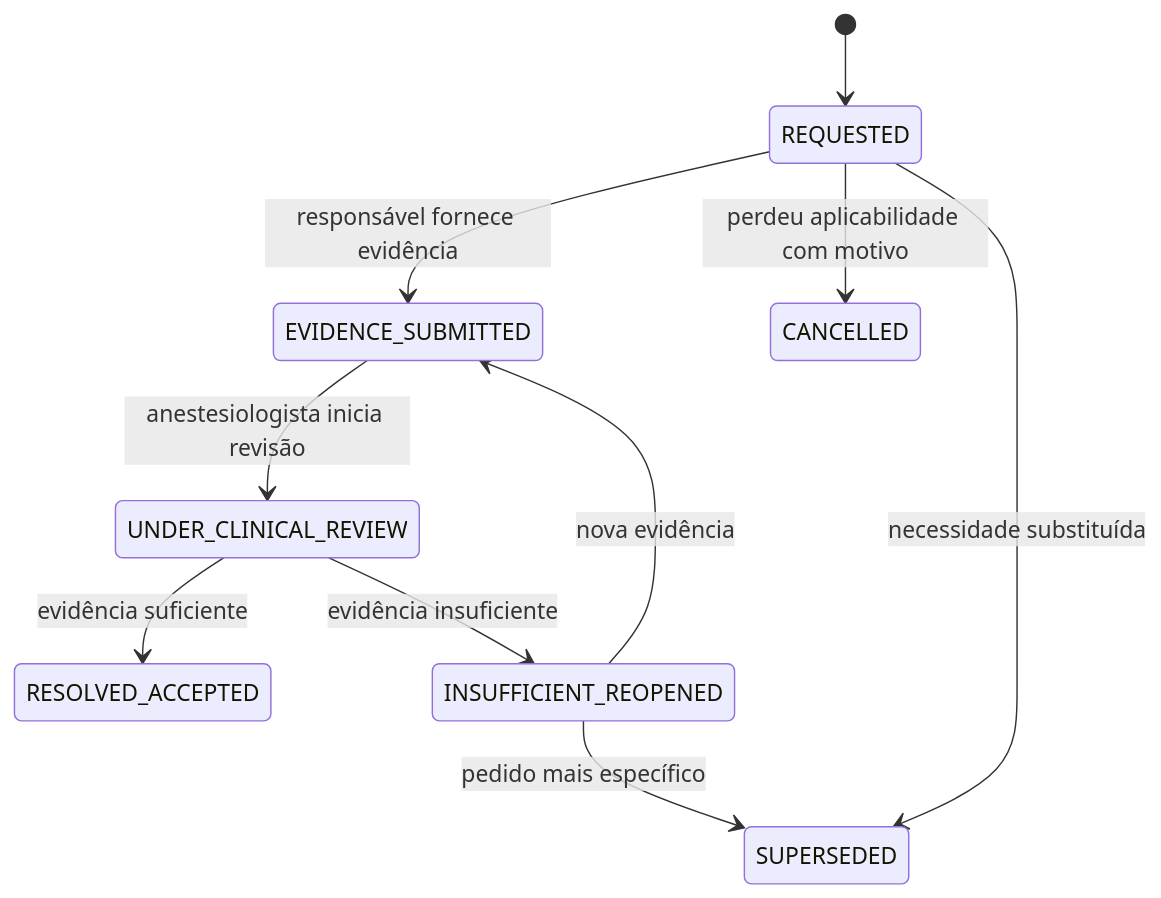
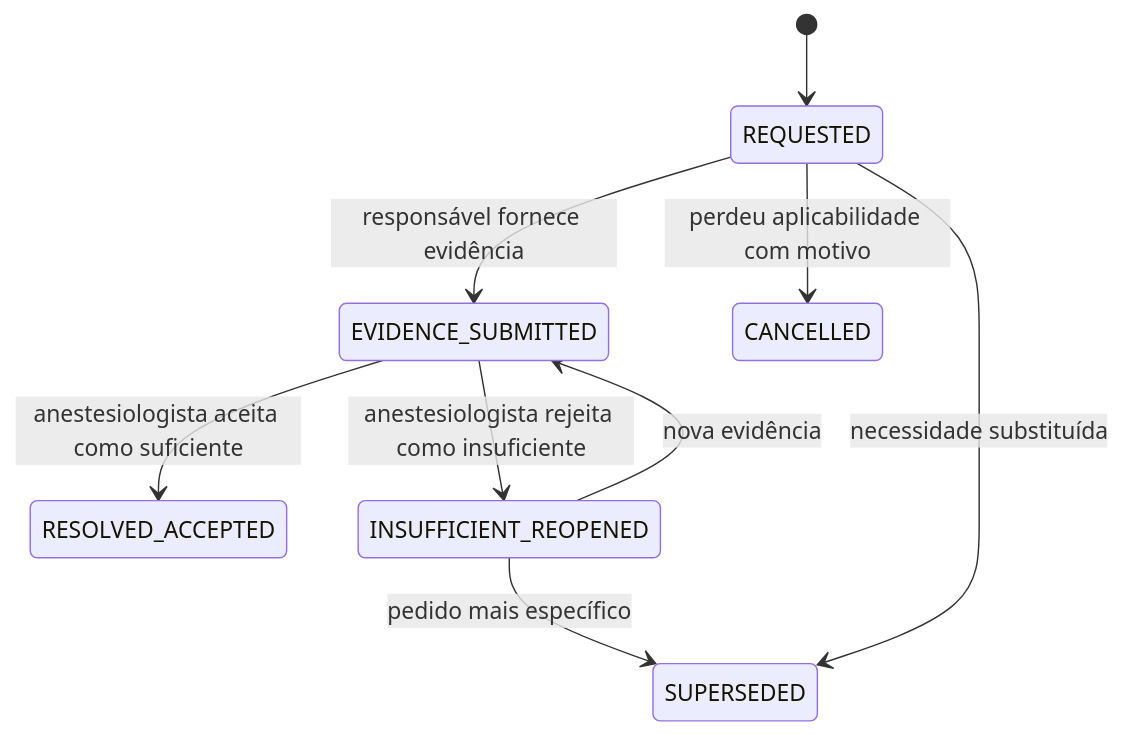
The first of 3 diagrams in hack/domains/ANALYST-avaliacao-pendencias-e-handoff.md (nmarcofernandess/antessala), drawn with Mermaid before and after one commit. The commit also changed other lines of this file and 20 other files, not shown here.

````diff
--- a/hack/domains/ANALYST-avaliacao-pendencias-e-handoff.md
+++ b/hack/domains/ANALYST-avaliacao-pendencias-e-handoff.md
@@ -167,12 +167,11 @@
 ```mermaid
 stateDiagram-v2
   [*] --> REQUESTED
   REQUESTED --> EVIDENCE_SUBMITTED: responsável fornece evidência
-  EVIDENCE_SUBMITTED --> UNDER_CLINICAL_REVIEW: anestesiologista inicia revisão
-  UNDER_CLINICAL_REVIEW --> RESOLVED_ACCEPTED: evidência suficiente
-  UNDER_CLINICAL_REVIEW --> INSUFFICIENT_REOPENED: evidência insuficiente
+  EVIDENCE_SUBMITTED --> RESOLVED_ACCEPTED: anestesiologista aceita como suficiente
+  EVIDENCE_SUBMITTED --> INSUFFICIENT_REOPENED: anestesiologista rejeita como insuficiente
   INSUFFICIENT_REOPENED --> EVIDENCE_SUBMITTED: nova evidência
   REQUESTED --> CANCELLED: perdeu aplicabilidade com motivo
   REQUESTED --> SUPERSEDED: necessidade substituída
   INSUFFICIENT_REOPENED --> SUPERSEDED: pedido mais específico
 ```
````
